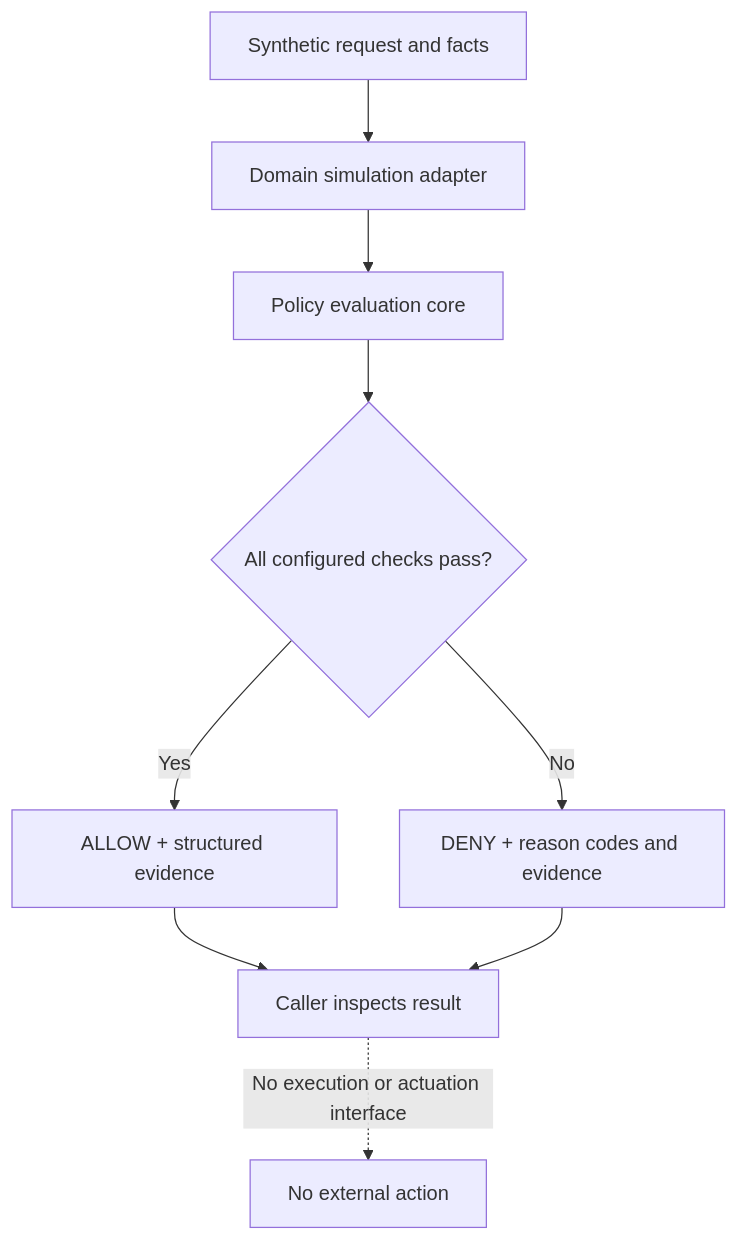
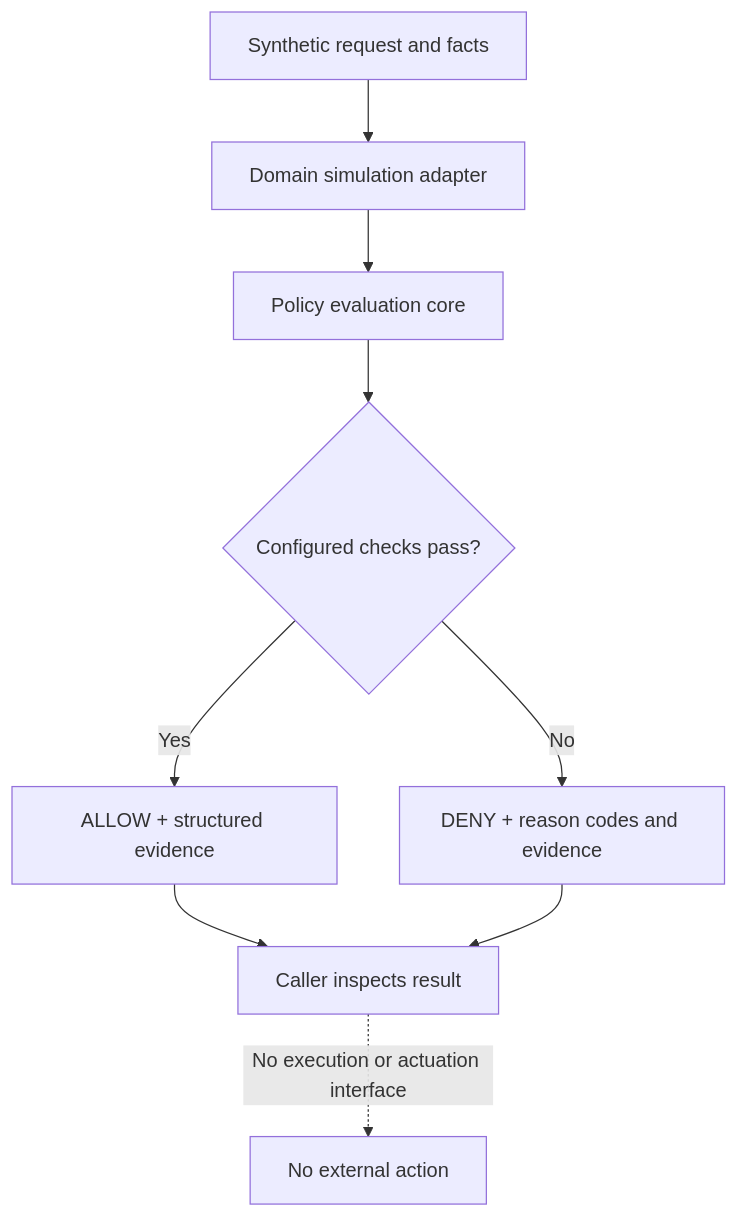
Before and after one commit to silvatechf/interlock-safety-operations: the diagram in README.md, drawn with Mermaid. The commit also changed other lines of this file and 13 other files, not shown here.

````diff
--- a/README.md
+++ b/README.md
@@ -29,11 +28,11 @@
 ```mermaid
 flowchart TD
     A["Synthetic request and facts"] --> B["Domain simulation adapter"]
     B --> C["Policy evaluation core"]
-    C --> D{"All configured checks pass?"}
+    C --> D{"Configured checks pass?"}
     D -->|Yes| E["ALLOW + structured evidence"]
     D -->|No| F["DENY + reason codes and evidence"]
     E --> G["Caller inspects result"]
     F --> G
     G -. "No execution or actuation interface" .-> H["No external action"]
 ```
````
